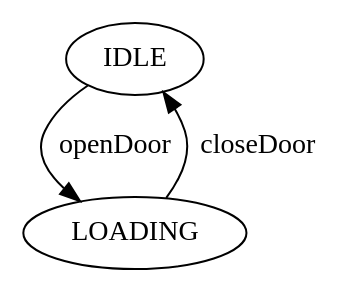
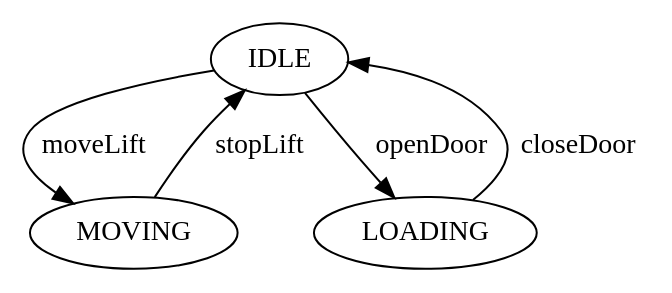
The diagram in task-3-model-based-testing/LiftController/liftModelGraph.dot (xlokk73/CPS3233-assignment), drawn with Graphviz before and after one commit. The commit also changed 25 other files, not shown here.

```diff
--- a/task-3-model-based-testing/LiftController/liftModelGraph.dot
+++ b/task-3-model-based-testing/LiftController/liftModelGraph.dot
@@ -1,5 +1,7 @@
 digraph LiftModel
 {
+  IDLE -> MOVING  [label="moveLift"];
+  MOVING -> IDLE  [label="stopLift"];
   IDLE -> LOADING  [label="openDoor"];
   LOADING -> IDLE  [label="closeDoor"];
 }
```
